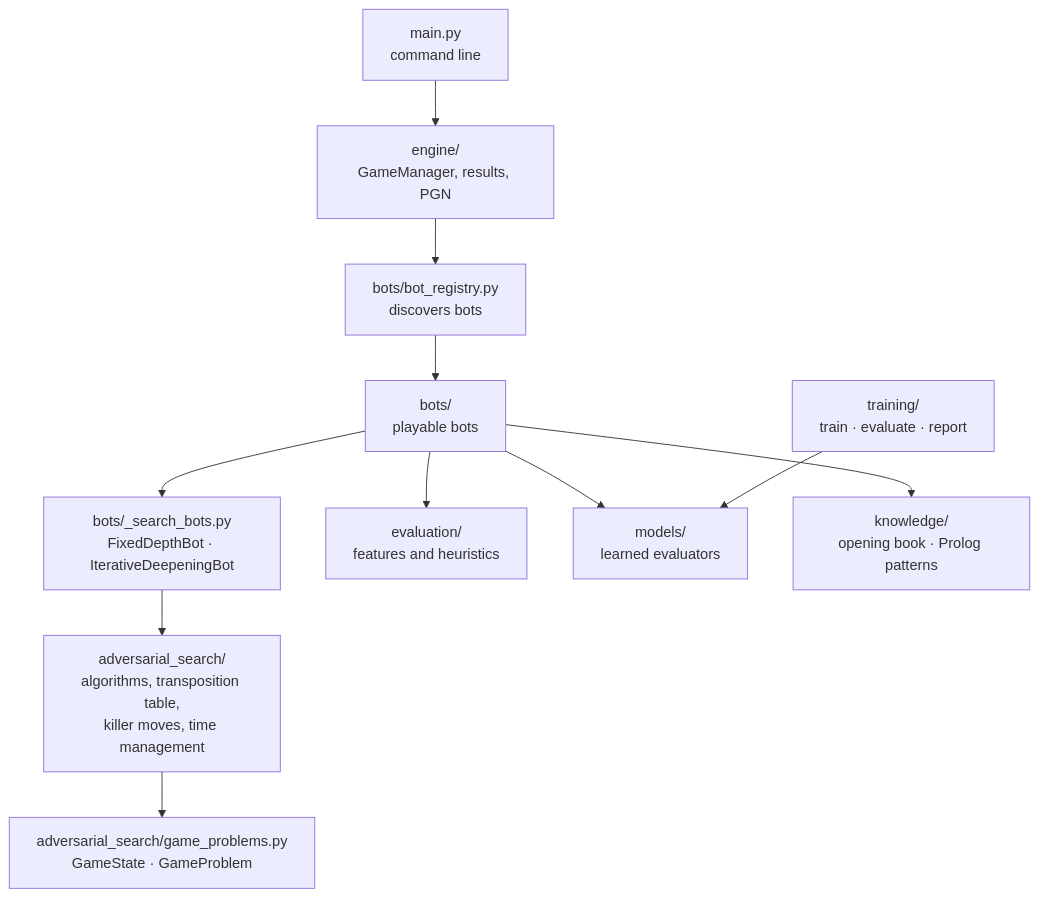
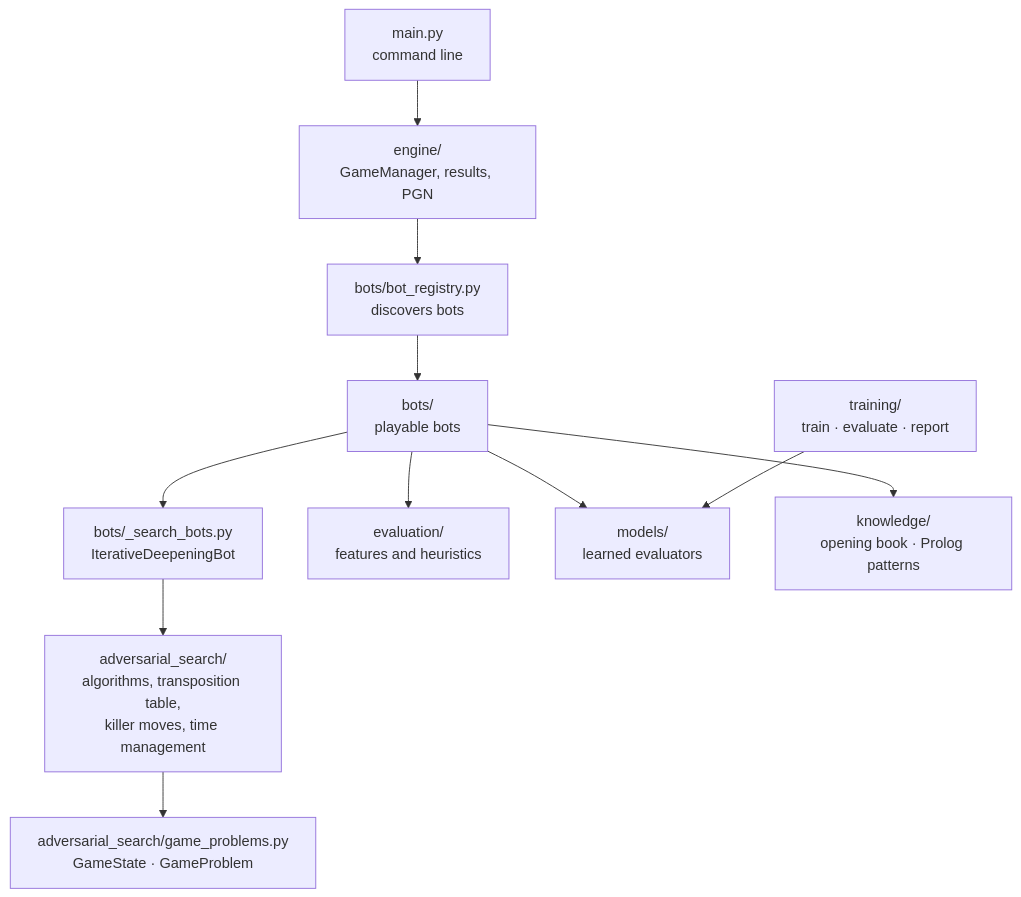
One commit to JoaquinDeVA/chess-ai-engine changed the first of 3 diagrams in docs/ARCHITECTURE.md. Above: the diagram before and after it, drawn with Mermaid. The commit also changed other lines of this file and 27 other files, not shown here.

````diff
--- a/docs/ARCHITECTURE.md
+++ b/docs/ARCHITECTURE.md
@@ -5,13 +5,13 @@
 ```mermaid
 flowchart TB
     CLI["main.py<br/>command line"] --> GM["engine/<br/>GameManager, results, PGN"]
     GM --> REG["bots/bot_registry.py<br/>discovers bots"]
     REG --> BOTS["bots/<br/>playable bots"]
-    BOTS --> BASES["bots/_search_bots.py<br/>FixedDepthBot · IterativeDeepeningBot"]
+    BOTS --> BASES["bots/_search_bots.py<br/>IterativeDeepeningBot"]
     BASES --> SEARCH["adversarial_search/<br/>algorithms, transposition table,<br/>killer moves, time management"]
     BOTS --> EVAL["evaluation/<br/>features and heuristics"]
     BOTS --> MODELS["models/<br/>learned evaluators"]
     BOTS --> KNOW["knowledge/<br/>opening book · Prolog patterns"]
     SEARCH --> GAME["adversarial_search/game_problems.py<br/>GameState · GameProblem"]
     TRAIN["training/<br/>train · evaluate · report"] --> MODELS
 ```
````
